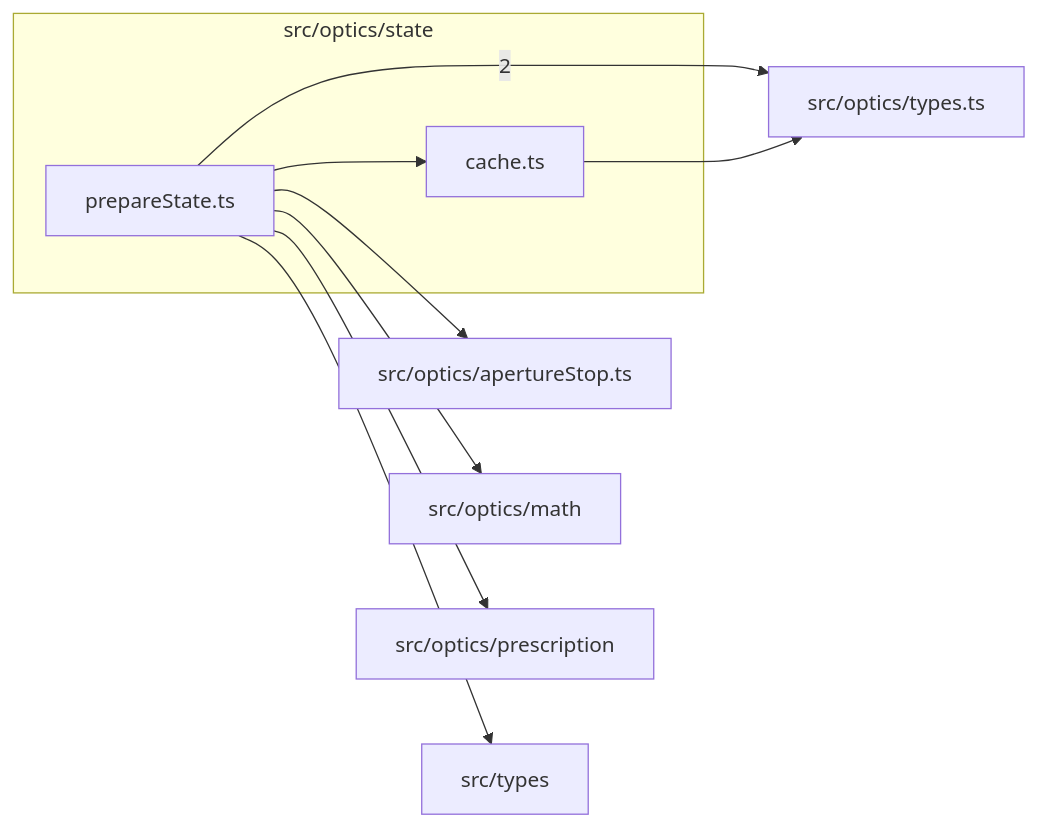
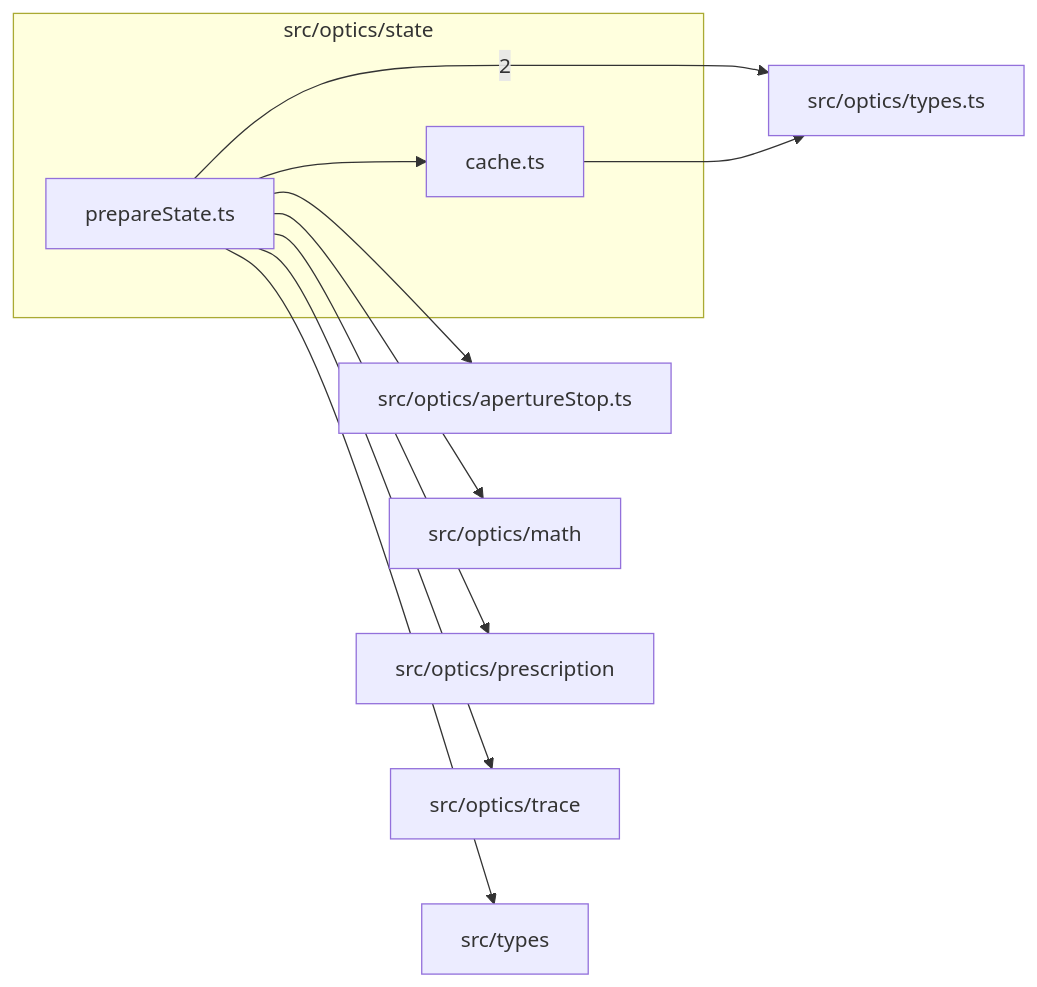
Before and after one commit to ronbuening/LensVisualizer: the diagram in src/optics/state/readme.md, drawn with Mermaid. The commit also changed other lines of this file and 30 other files, not shown here.

````diff
--- a/src/optics/state/readme.md
+++ b/src/optics/state/readme.md
@@ -9,19 +9,21 @@
 ```mermaid
 flowchart LR
   subgraph n_src_optics_state["src/optics/state"]
     n_src_optics_state_src_optics_state_cache_ts["cache.ts"]
     n_src_optics_state_src_optics_state_prepareState_ts["prepareState.ts"]
   end
   n_external_src_optics_types_ts["src/optics/types.ts"]
   n_external_src_optics_apertureStop_ts["src/optics/apertureStop.ts"]
   n_external_src_optics_math["src/optics/math"]
   n_external_src_optics_prescription["src/optics/prescription"]
+  n_external_src_optics_trace["src/optics/trace"]
   n_external_src_types["src/types"]
   n_src_optics_state_src_optics_state_prepareState_ts --> |2| n_external_src_optics_types_ts
   n_src_optics_state_src_optics_state_prepareState_ts --> n_external_src_optics_apertureStop_ts
   n_src_optics_state_src_optics_state_prepareState_ts --> n_external_src_optics_math
   n_src_optics_state_src_optics_state_prepareState_ts --> n_external_src_optics_prescription
+  n_src_optics_state_src_optics_state_prepareState_ts --> n_external_src_optics_trace
   n_src_optics_state_src_optics_state_cache_ts --> n_external_src_optics_types_ts
   n_src_optics_state_src_optics_state_prepareState_ts --> n_external_src_types
   n_src_optics_state_src_optics_state_prepareState_ts --> n_src_optics_state_src_optics_state_cache_ts
 ```
````
